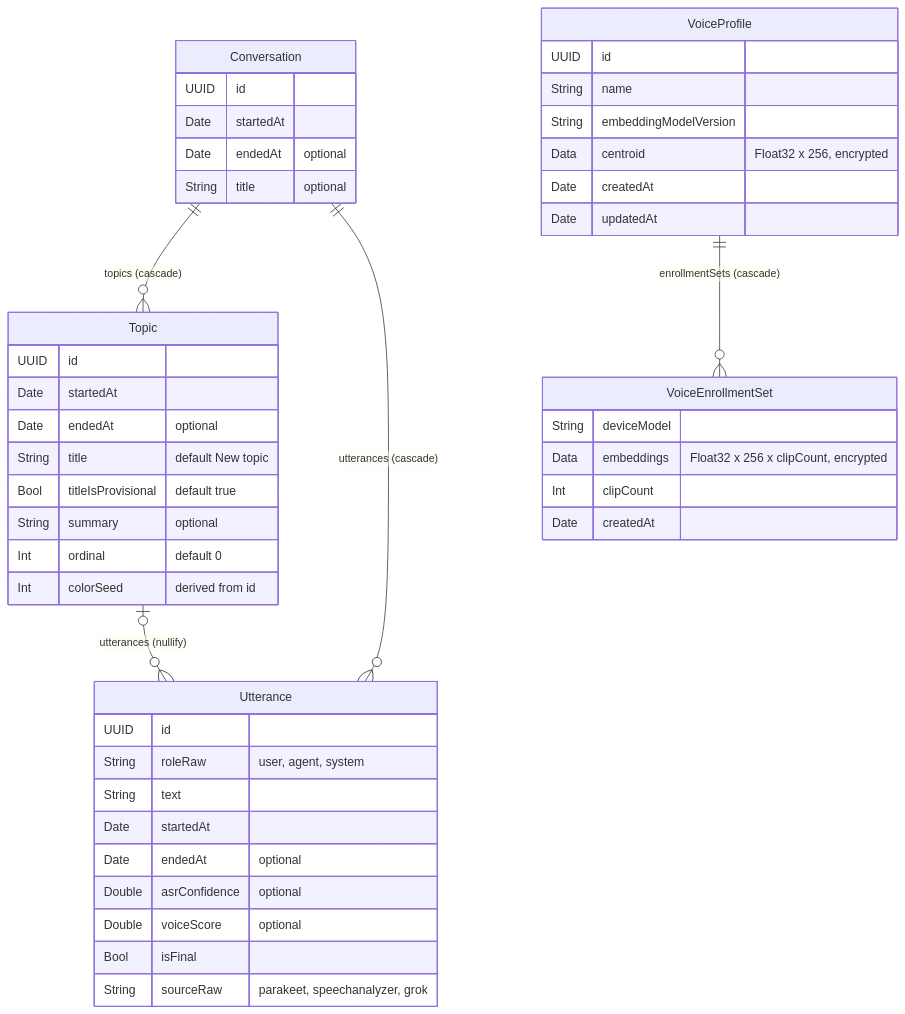
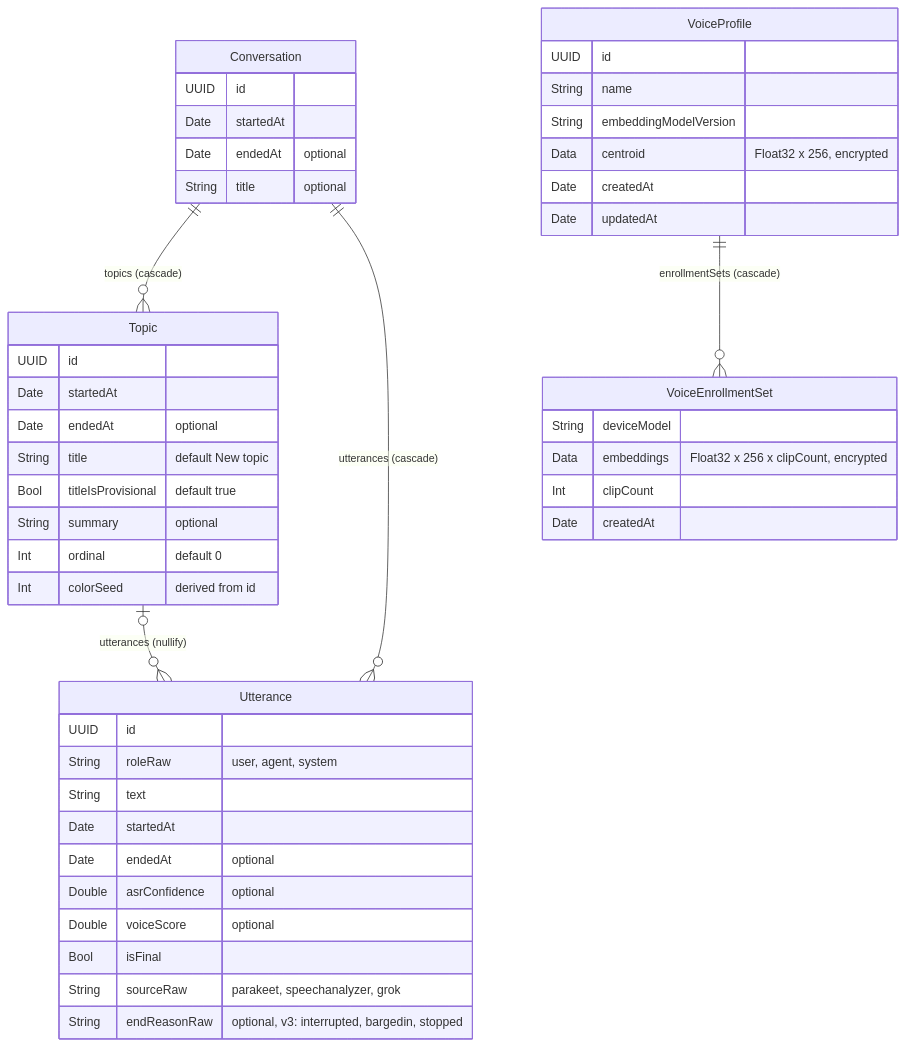
The first of 2 diagrams in docs/data-model.md (joeblau/voice), drawn with Mermaid before and after one commit. The commit also changed other lines of this file and 54 other files, not shown here.

First line of the commit message:
feat(data): persist the interrupted mark on agent utterances in SchemaV3 (#160) (#177)

````diff
--- a/docs/data-model.md
+++ b/docs/data-model.md
@@ -38,49 +40,50 @@
 ```mermaid
 erDiagram
     Conversation ||--o{ Topic : "topics (cascade)"
     Conversation ||--o{ Utterance : "utterances (cascade)"
     Topic |o--o{ Utterance : "utterances (nullify)"
     VoiceProfile ||--o{ VoiceEnrollmentSet : "enrollmentSets (cascade)"
 
     Conversation {
         UUID id
         Date startedAt
         Date endedAt "optional"
         String title "optional"
     }
     Topic {
         UUID id
         Date startedAt
         Date endedAt "optional"
         String title "default New topic"
         Bool titleIsProvisional "default true"
         String summary "optional"
         Int ordinal "default 0"
         Int colorSeed "derived from id"
     }
     Utterance {
         UUID id
         String roleRaw "user, agent, system"
         String text
         Date startedAt
         Date endedAt "optional"
         Double asrConfidence "optional"
         Double voiceScore "optional"
         Bool isFinal
         String sourceRaw "parakeet, speechanalyzer, grok"
+        String endReasonRaw "optional, v3: interrupted, bargedin, stopped"
     }
     VoiceProfile {
         UUID id
         String name
         String embeddingModelVersion
         Data centroid "Float32 x 256, encrypted"
         Date createdAt
         Date updatedAt
     }
     VoiceEnrollmentSet {
         String deviceModel
         Data embeddings "Float32 x 256 x clipCount, encrypted"
         Int clipCount
         Date createdAt
     }
 ```
````
